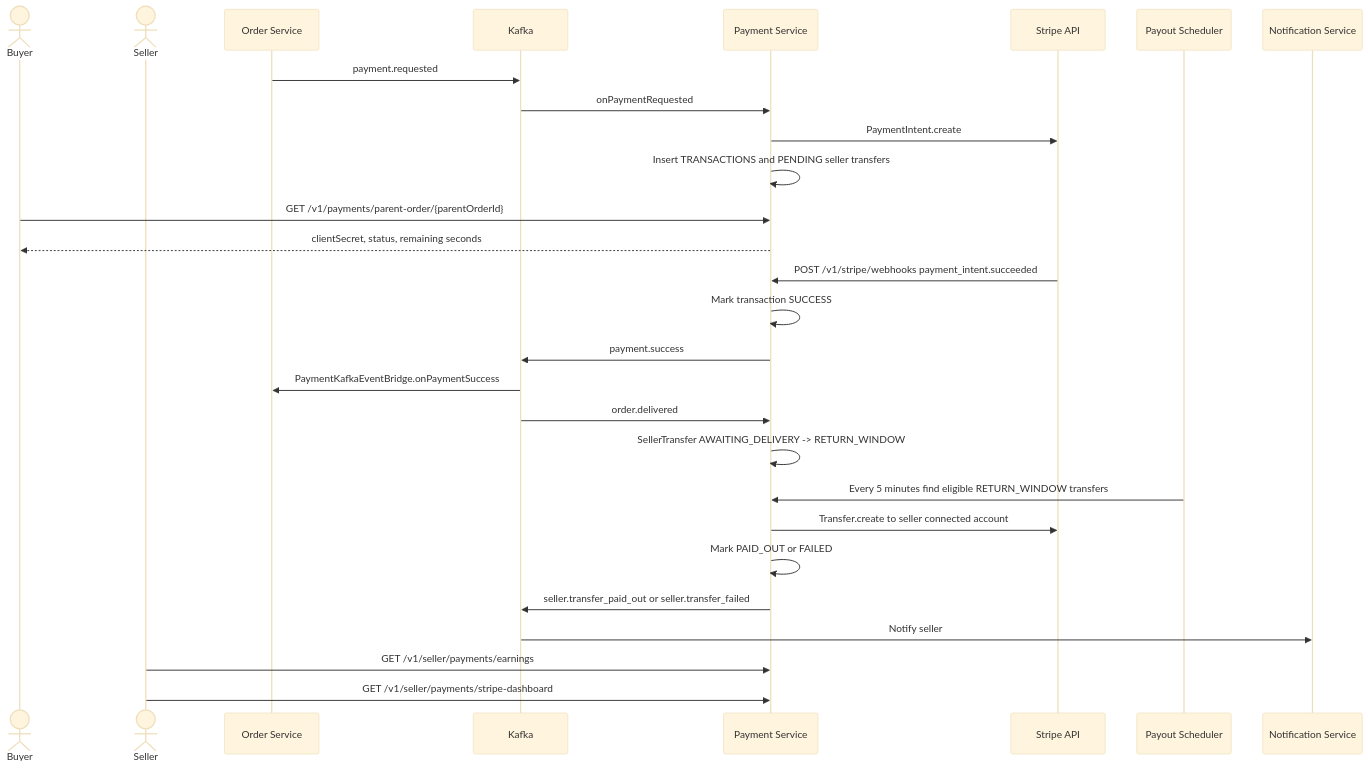
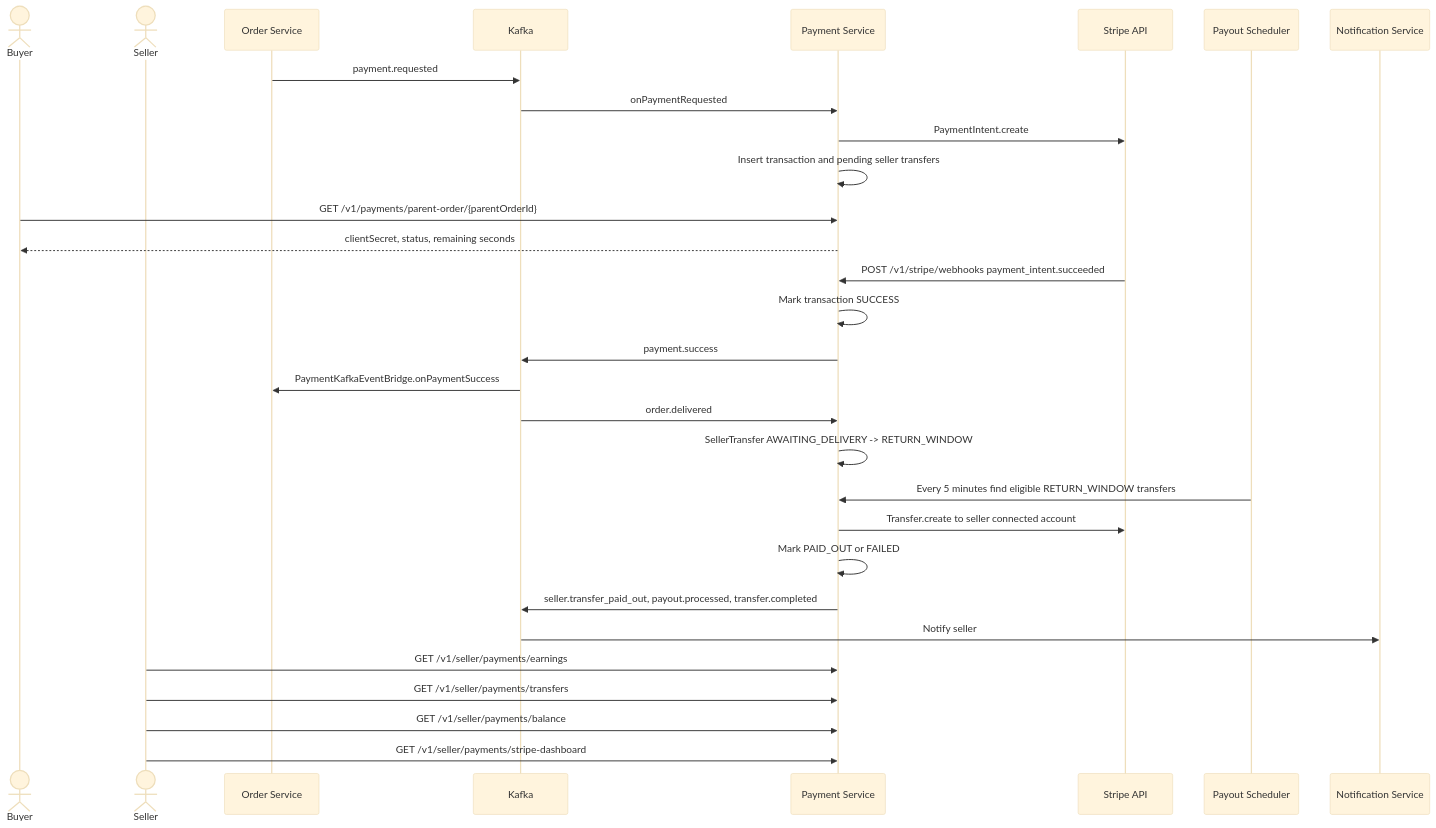
Before and after one commit to ldqanh1408/stealing-from-paradise: the diagram in documents/flows/payment-service/flow-payment-stripe-payout.md, drawn with Mermaid (base theme). The commit also changed other lines of this file and 324 other files, not shown here.

````diff
--- a/documents/flows/payment-service/flow-payment-stripe-payout.md
+++ b/documents/flows/payment-service/flow-payment-stripe-payout.md
@@ -16,34 +16,36 @@
 ```mermaid
 sequenceDiagram
     actor Buyer
     actor Seller
     participant Order as Order Service
     participant Kafka as Kafka
     participant Pay as Payment Service
     participant Stripe as Stripe API
     participant Scheduler as Payout Scheduler
     participant Notif as Notification Service
 
     Order->>Kafka: payment.requested
     Kafka->>Pay: onPaymentRequested
     Pay->>Stripe: PaymentIntent.create
-    Pay->>Pay: Insert TRANSACTIONS and PENDING seller transfers
+    Pay->>Pay: Insert transaction and pending seller transfers
     Buyer->>Pay: GET /v1/payments/parent-order/{parentOrderId}
     Pay-->>Buyer: clientSecret, status, remaining seconds
 
     Stripe->>Pay: POST /v1/stripe/webhooks payment_intent.succeeded
     Pay->>Pay: Mark transaction SUCCESS
     Pay->>Kafka: payment.success
     Kafka->>Order: PaymentKafkaEventBridge.onPaymentSuccess
 
     Kafka->>Pay: order.delivered
     Pay->>Pay: SellerTransfer AWAITING_DELIVERY -> RETURN_WINDOW
     Scheduler->>Pay: Every 5 minutes find eligible RETURN_WINDOW transfers
     Pay->>Stripe: Transfer.create to seller connected account
     Pay->>Pay: Mark PAID_OUT or FAILED
-    Pay->>Kafka: seller.transfer_paid_out or seller.transfer_failed
+    Pay->>Kafka: seller.transfer_paid_out, payout.processed, transfer.completed
     Kafka->>Notif: Notify seller
 
     Seller->>Pay: GET /v1/seller/payments/earnings
+    Seller->>Pay: GET /v1/seller/payments/transfers
+    Seller->>Pay: GET /v1/seller/payments/balance
     Seller->>Pay: GET /v1/seller/payments/stripe-dashboard
 ```
````
